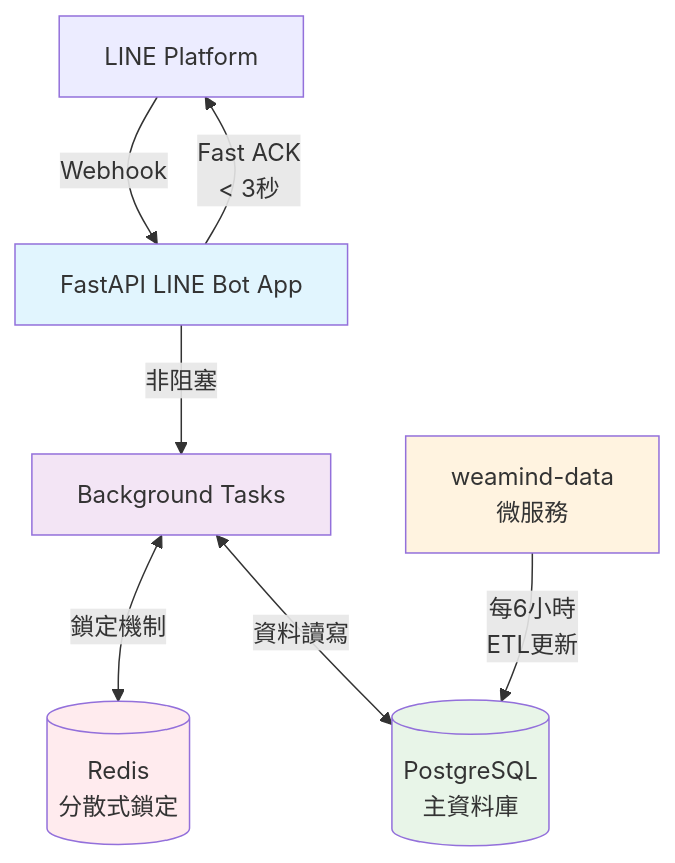
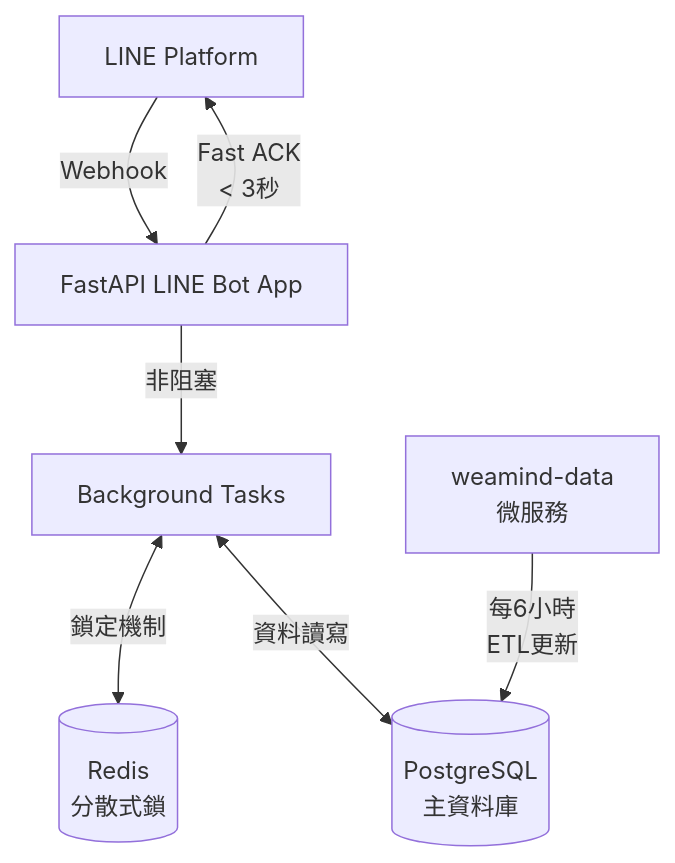
The diagram in README.md (kyomind/WeaMind), drawn with Mermaid before and after one commit.

Commit message:
Fix Redis label in architecture diagram

````diff
--- a/README.md
+++ b/README.md
@@ -49,22 +49,16 @@
 ```mermaid
 graph TB
     LINE[LINE Platform]
     WEB[FastAPI LINE Bot App]
     BG[Background Tasks]
-    REDIS[(Redis<br/>分散式鎖定)]
+    REDIS[(Redis<br/>分散式鎖)]
     DB[(PostgreSQL<br/>主資料庫)]
     DATA[weamind-data<br/>微服務]
 
     LINE -->|Webhook| WEB
     WEB -->|Fast ACK<br/>< 3秒| LINE
     WEB -->|非阻塞| BG
     BG <-->|鎖定機制| REDIS
     BG <-->|資料讀寫| DB
     DATA -->|每6小時<br/>ETL更新| DB
-
-    style WEB fill:#e1f5fe
-    style BG fill:#f3e5f5
-    style REDIS fill:#ffebee
-    style DB fill:#e8f5e8
-    style DATA fill:#fff3e0
 ```
````
